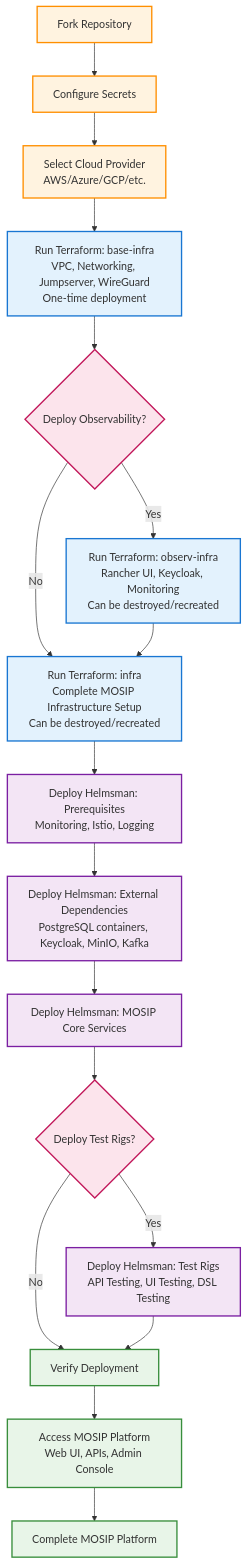
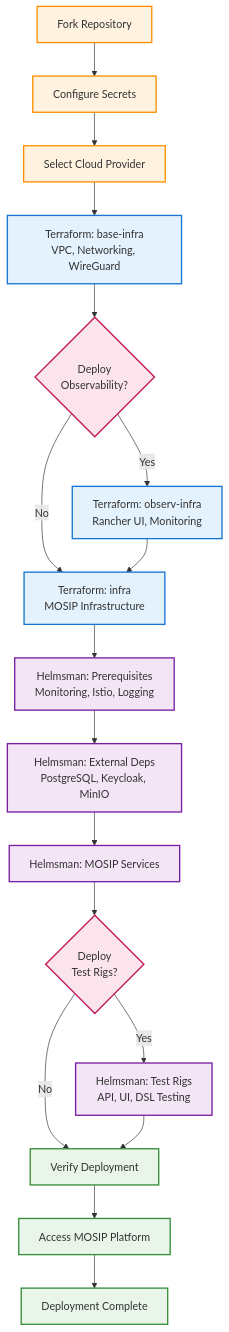
Before and after one commit to mosip/infra: the diagram in README.md, drawn with Mermaid. The commit also changed other lines of this file and 9 other files, not shown here.

````diff
--- a/README.md
+++ b/README.md
@@ -27,41 +27,41 @@
 ```mermaid
 graph TB
  %% Prerequisites
  A[Fork Repository] --> B[Configure Secrets]
- B --> C[Select Cloud Provider<br/>AWS/Azure/GCP/etc.]
+ B --> C[Select Cloud Provider]
  
  %% Infrastructure Phase
- C --> D[Run Terraform: base-infra<br/>VPC, Networking, Jumpserver, WireGuard<br/>One-time deployment]
- D --> E{Deploy Observability?}
- E -->|Yes| F[Run Terraform: observ-infra<br/>Rancher UI, Keycloak, Monitoring<br/>Can be destroyed/recreated]
- E -->|No| G[Run Terraform: infra<br/>Complete MOSIP Infrastructure Setup<br/>Can be destroyed/recreated]
+ C --> D[Terraform: base-infra<br/>VPC, Networking, WireGuard]
+ D --> E{Deploy<br/>Observability?}
+ E -->|Yes| F[Terraform: observ-infra<br/>Rancher UI, Monitoring]
+ E -->|No| G[Terraform: infra<br/>MOSIP Infrastructure]
  F --> G
  
  %% Helmsman Deployment Phase
- G --> H[Deploy Helmsman: Prerequisites<br/>Monitoring, Istio, Logging]
- H --> I[Deploy Helmsman: External Dependencies<br/>PostgreSQL containers, Keycloak, MinIO, Kafka]
+ G --> H[Helmsman: Prerequisites<br/>Monitoring, Istio, Logging]
+ H --> I[Helmsman: External Deps<br/>PostgreSQL, Keycloak, MinIO]
  
  %% MOSIP Services
- I --> J[Deploy Helmsman: MOSIP Core Services]
- J --> K{Deploy Test Rigs?}
- K -->|Yes| L[Deploy Helmsman: Test Rigs<br/>API Testing, UI Testing, DSL Testing]
+ I --> J[Helmsman: MOSIP Services]
+ J --> K{Deploy<br/>Test Rigs?}
+ K -->|Yes| L[Helmsman: Test Rigs<br/>API, UI, DSL Testing]
  K -->|No| M[Verify Deployment]
  L --> M
  
  %% Final Verification
- M --> N[Access MOSIP Platform<br/>Web UI, APIs, Admin Console]
- N --> O[Complete MOSIP Platform]
+ M --> N[Access MOSIP Platform]
+ N --> O[Deployment Complete]
  
  %% Styling
  classDef prereq fill:#fff3e0,stroke:#ff8f00,stroke-width:2px
  classDef terraform fill:#e3f2fd,stroke:#1976d2,stroke-width:2px
  classDef helmsman fill:#f3e5f5,stroke:#7b1fa2,stroke-width:2px
  classDef success fill:#e8f5e8,stroke:#388e3c,stroke-width:2px
  classDef decision fill:#fce4ec,stroke:#c2185b,stroke-width:2px
  
  class A,B,C prereq
  class D,F,G terraform
  class H,I,J,L helmsman
  class M,N,O success
  class E,K decision
 ```
````
